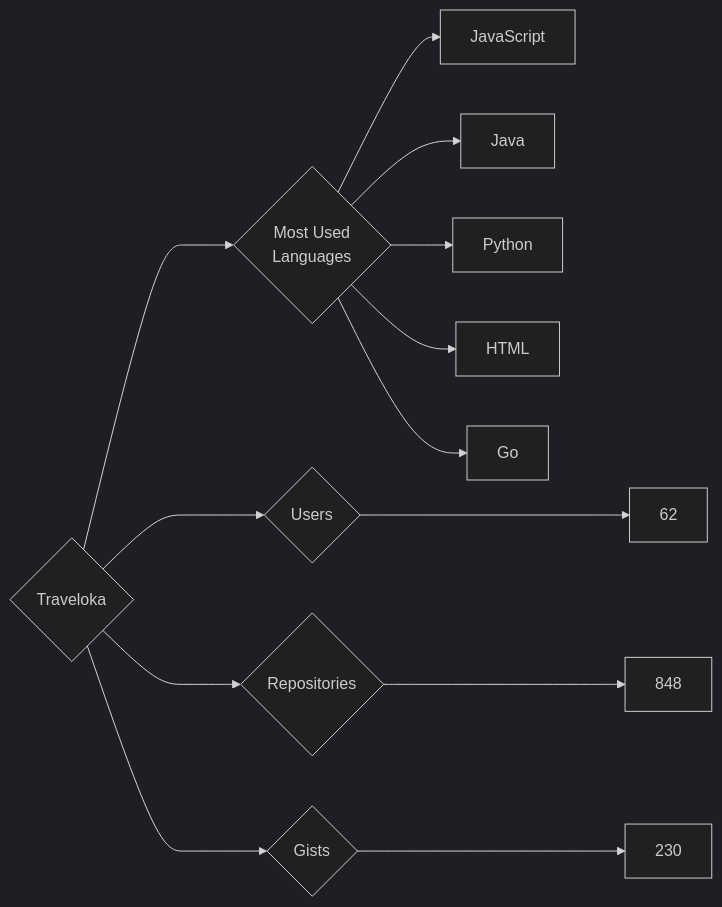
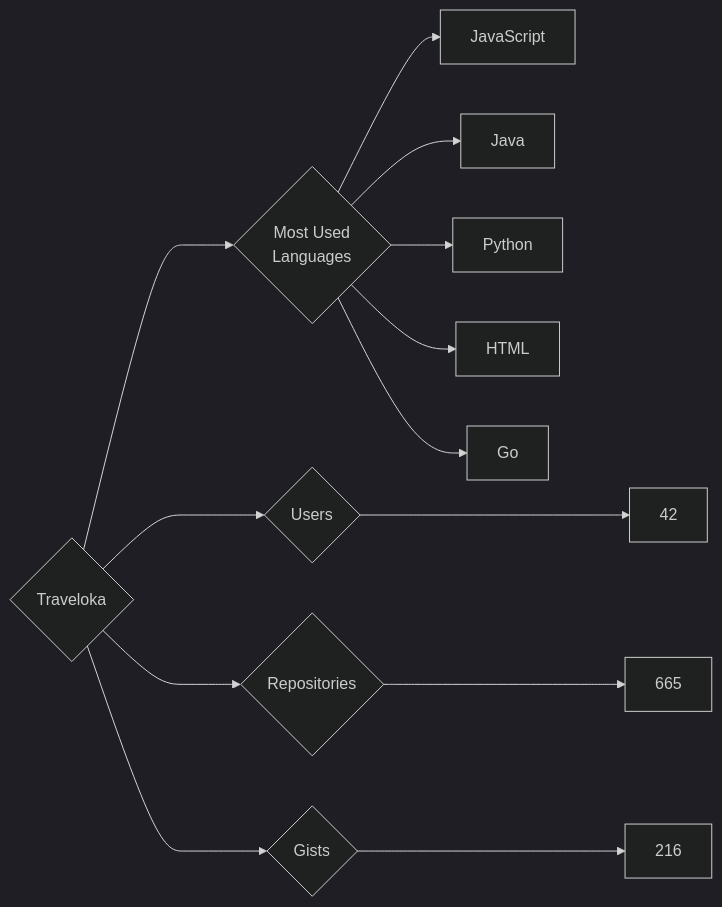
Before and after one commit to trickest/insiders: the diagram in targets/Traveloka/README.md, drawn with Mermaid (dark theme). The commit also changed 912 other files, not shown here.

````diff
--- a/targets/Traveloka/README.md
+++ b/targets/Traveloka/README.md
@@ -3,13 +3,13 @@
 ```mermaid
 graph LR
 COMPANY_NAME{Traveloka}
-COMPANY_NAME ---> U{Users} ---> UN[62]
-COMPANY_NAME ---> R{Repositories} ---> RN[848]
-COMPANY_NAME ---> G{Gists} ---> GN[230]
+COMPANY_NAME ---> U{Users} ---> UN[42]
+COMPANY_NAME ---> R{Repositories} ---> RN[665]
+COMPANY_NAME ---> G{Gists} ---> GN[216]
 COMPANY_NAME ---> ML{Most Used<br>Languages}
 ML --> JavaScript[JavaScript]
 ML --> Java[Java]
 ML --> Python[Python]
 ML --> HTML[HTML]
 ML --> Go[Go]
 ```
````
